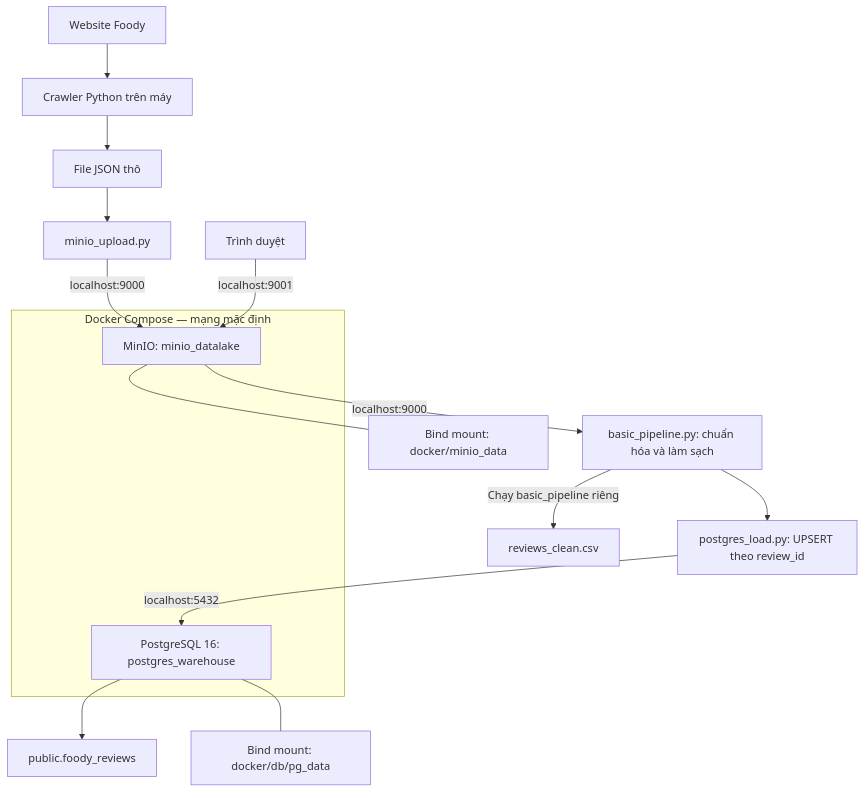
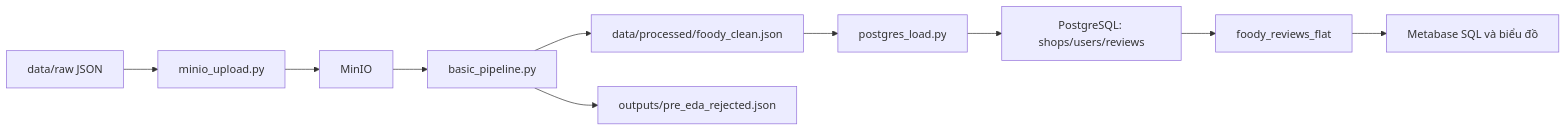
The diagram in reports/docker_architecture.md (nguyenhm23-code/ADY201m_Group4_Sentiment-Analysis), drawn with Mermaid before and after one commit. The commit also changed other lines of this file and 31 other files, not shown here.

````diff
--- a/reports/docker_architecture.md
+++ b/reports/docker_architecture.md
@@ -3,19 +3,12 @@
 ```mermaid
-flowchart TD
-    F[Website Foody] --> C[Crawler Python trên máy]
-    C --> J[File JSON thô]
-    J --> U[minio_upload.py]
-    U -->|localhost:9000| M
-    subgraph Docker[Docker Compose — mạng mặc định]
-        M[MinIO: minio_datalake]
-        P[PostgreSQL 16: postgres_warehouse]
-    end
-    M -->|localhost:9000| E[basic_pipeline.py: chuẩn hóa và làm sạch]
-    E --> L[postgres_load.py: UPSERT theo review_id]
-    L -->|localhost:5432| P
-    P --> T[public.foody_reviews]
-    E -->|Chạy basic_pipeline riêng| CSV[reviews_clean.csv]
-    M --- V1[Bind mount: docker/minio_data]
-    P --- V2[Bind mount: docker/db/pg_data]
-    B[Trình duyệt] -->|localhost:9001| M
+flowchart LR
+    Raw[data/raw JSON] --> Upload[minio_upload.py]
+    Upload --> MinIO[MinIO]
+    MinIO --> Clean[basic_pipeline.py]
+    Clean --> JSON[data/processed/foody_clean.json]
+    Clean --> Reject[outputs/pre_eda_rejected.json]
+    JSON --> Load[postgres_load.py]
+    Load --> DB[PostgreSQL: shops/users/reviews]
+    DB --> View[foody_reviews_flat]
+    View --> MB[Metabase SQL và biểu đồ]
 ```
````
